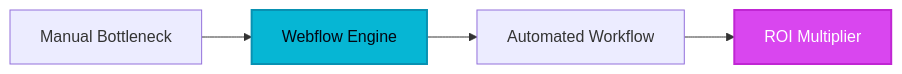
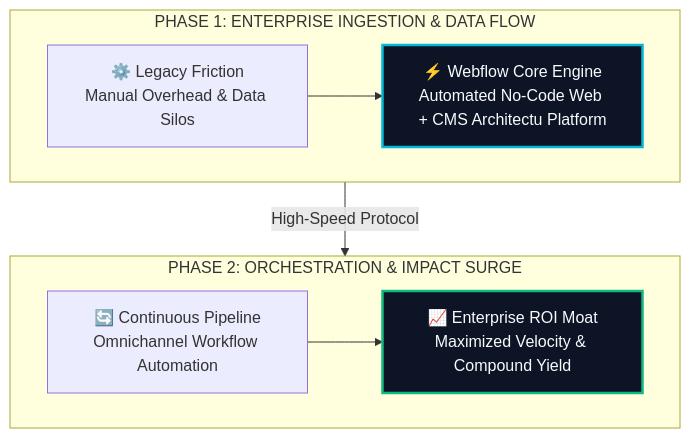
Before and after one commit to heliatech-media/saas-radar: the diagram in site/src/content/blog/webflow-evolution-guide-2026.md, drawn with Mermaid. The commit also changed 97 other files, not shown here.

First line of the commit message:
feat(diagrams): upgrade all article architecture schemas to high-impact 2-tier responsive vector blueprints

````diff
--- a/site/src/content/blog/webflow-evolution-guide-2026.md
+++ b/site/src/content/blog/webflow-evolution-guide-2026.md
@@ -57,8 +57,14 @@
 ```mermaid
-flowchart LR
-    A[Manual Bottleneck] --> B[Webflow Engine]
-    B --> C[Automated Workflow]
-    C --> D[ROI Multiplier]
-    style B fill:#06b6d4,stroke:#0891b2,stroke-width:2px,color:#030712
-    style D fill:#d946ef,stroke:#c026d3,stroke-width:2px,color:#ffffff
+flowchart TD
+    subgraph S1["PHASE 1: ENTERPRISE INGESTION & DATA FLOW"]
+        direction LR
+        A["⚙️ Legacy Friction<br/>Manual Overhead & Data Silos"] --> B["⚡ Webflow Core Engine<br/>Automated No-Code Web + CMS Architectu Platform"]
+    end
+    subgraph S2["PHASE 2: ORCHESTRATION & IMPACT SURGE"]
+        direction LR
+        C["🔄 Continuous Pipeline<br/>Omnichannel Workflow Automation"] --> D["📈 Enterprise ROI Moat<br/>Maximized Velocity & Compound Yield"]
+    end
+    S1 -->|High-Speed Protocol| S2
+    style B fill:#0c1425,stroke:#06b6d4,stroke-width:2.5px,color:#f8fafc
+    style D fill:#0c1425,stroke:#10b981,stroke-width:2.5px,color:#f8fafc
 ```
````
